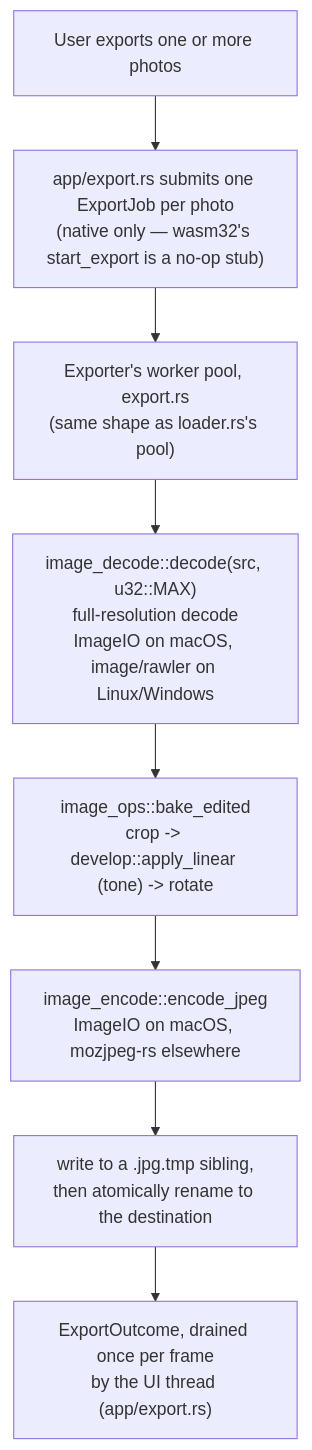
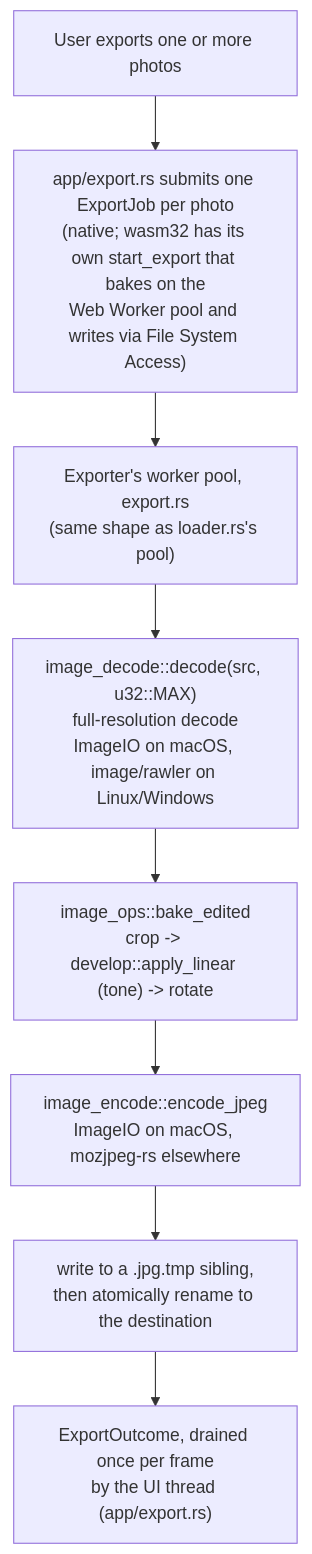
The third of 3 diagrams in ARCHITECTURE.md (andrewyao/lightphotos), drawn with Mermaid before and after one commit. The commit also changed other lines of this file and 4 other files, not shown here.

````diff
--- a/ARCHITECTURE.md
+++ b/ARCHITECTURE.md
@@ -197,11 +197,11 @@
 ```mermaid
 flowchart TD
     exportbtn["User exports one or more photos"]
-    exportbtn --> submit["app/export.rs submits one ExportJob per photo\n(native only — wasm32's start_export is a no-op stub)"]
+    exportbtn --> submit["app/export.rs submits one ExportJob per photo\n(native; wasm32 has its own start_export that bakes on the\nWeb Worker pool and writes via File System Access)"]
     submit --> pool["Exporter's worker pool, export.rs\n(same shape as loader.rs's pool)"]
     pool --> decode["image_decode::decode(src, u32::MAX)\nfull-resolution decode\nImageIO on macOS, image/rawler on Linux/Windows"]
     decode --> bake["image_ops::bake_edited\ncrop -> develop::apply_linear (tone) -> rotate"]
     bake --> encode["image_encode::encode_jpeg\nImageIO on macOS, mozjpeg-rs elsewhere"]
     encode --> write["write to a .jpg.tmp sibling,\nthen atomically rename to the destination"]
     write --> outcome["ExportOutcome, drained once per frame\nby the UI thread (app/export.rs)"]
 ```
````
